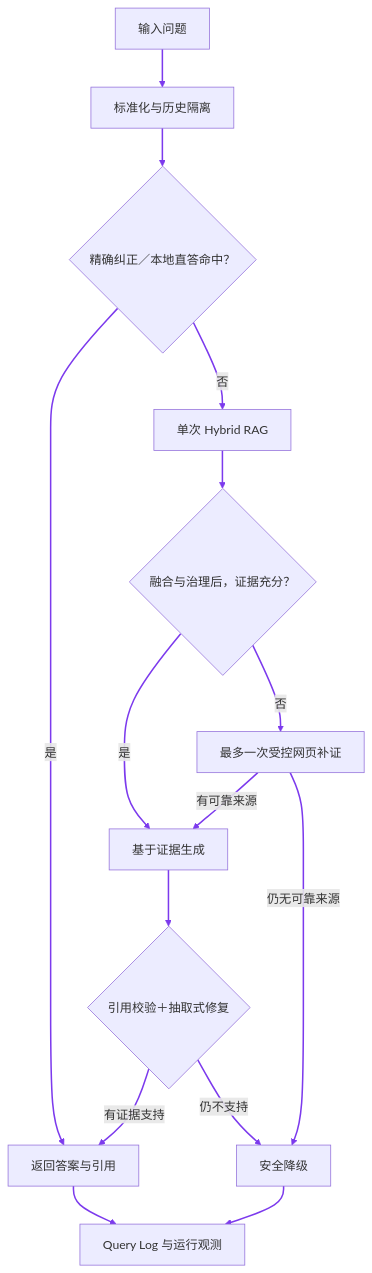
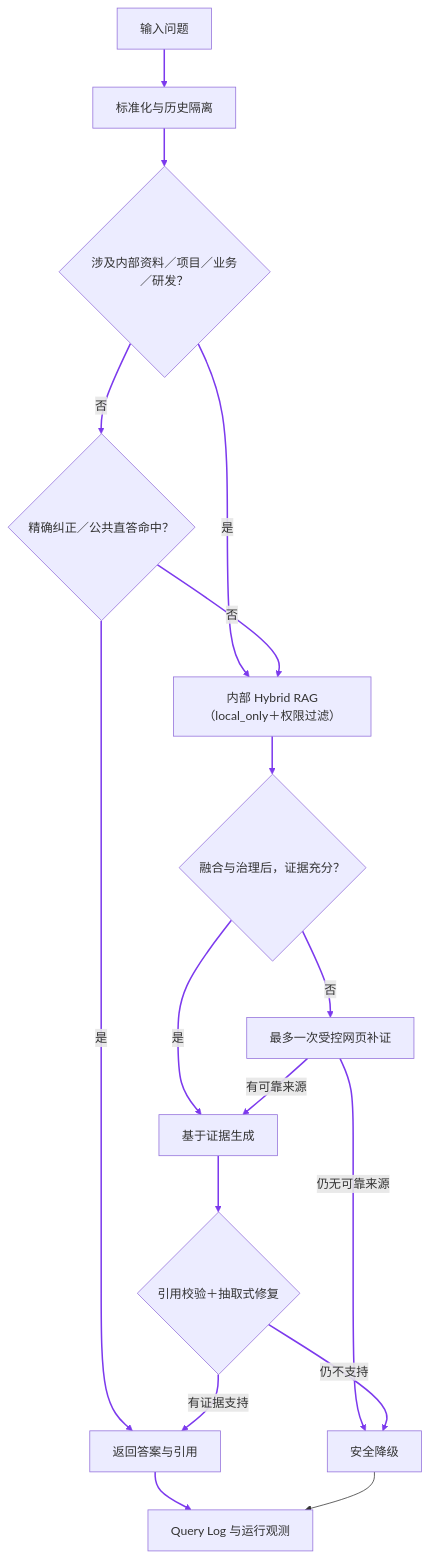
The fourth of 29 diagrams in docs/interview/功能步骤流程.md (monstereatai/RAG), drawn with Mermaid before and after one commit. The commit also changed other lines of this file and 1 other file, not shown here.

Commit message:
docs: 校准功能流程导图与内部检索边界

````diff
--- a/docs/interview/功能步骤流程.md
+++ b/docs/interview/功能步骤流程.md
@@ -229,18 +233,20 @@
 ```mermaid
 flowchart TB
   A[输入问题] --> B[标准化与历史隔离]
-  B --> C{精确纠正／本地直答命中？}
+  B --> S{涉及内部资料／项目／业务／研发？}
+  S -->|是| D0[内部 Hybrid RAG（local_only＋权限过滤）]
+  S -->|否| C{精确纠正／公共直答命中？}
   C -->|是| I[返回答案与引用]
-  C -->|否| D[单次 Hybrid RAG]
-  D --> E{融合与治理后，证据充分？}
+  C -->|否| D0
+  D0 --> E{融合与治理后，证据充分？}
   E -->|是| F[基于证据生成]
   E -->|否| G[最多一次受控网页补证]
   G -->|有可靠来源| F
   G -->|仍无可靠来源| H[安全降级]
   F --> J{引用校验＋抽取式修复}
   J -->|有证据支持| I
   J -->|仍不支持| H
   I --> K[Query Log 与运行观测]
   H --> K
-  linkStyle 0,1,2,3,4,5,6,7,8,9,10,11,12,13 stroke:#7c3aed,stroke-width:2px
+  linkStyle 0,1,2,3,4,5,6,7,8,9,10,11,12,13,14 stroke:#7c3aed,stroke-width:2px
 ```
````
